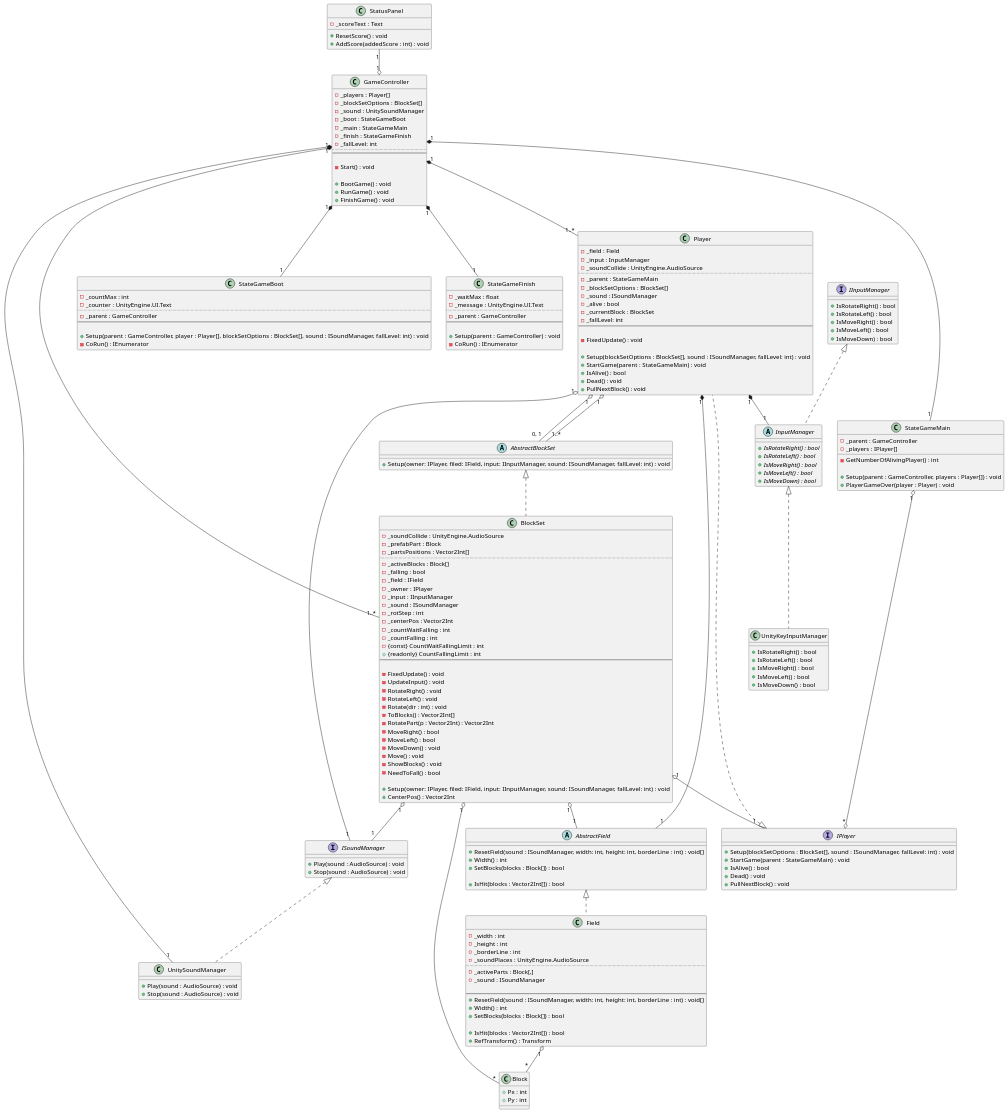
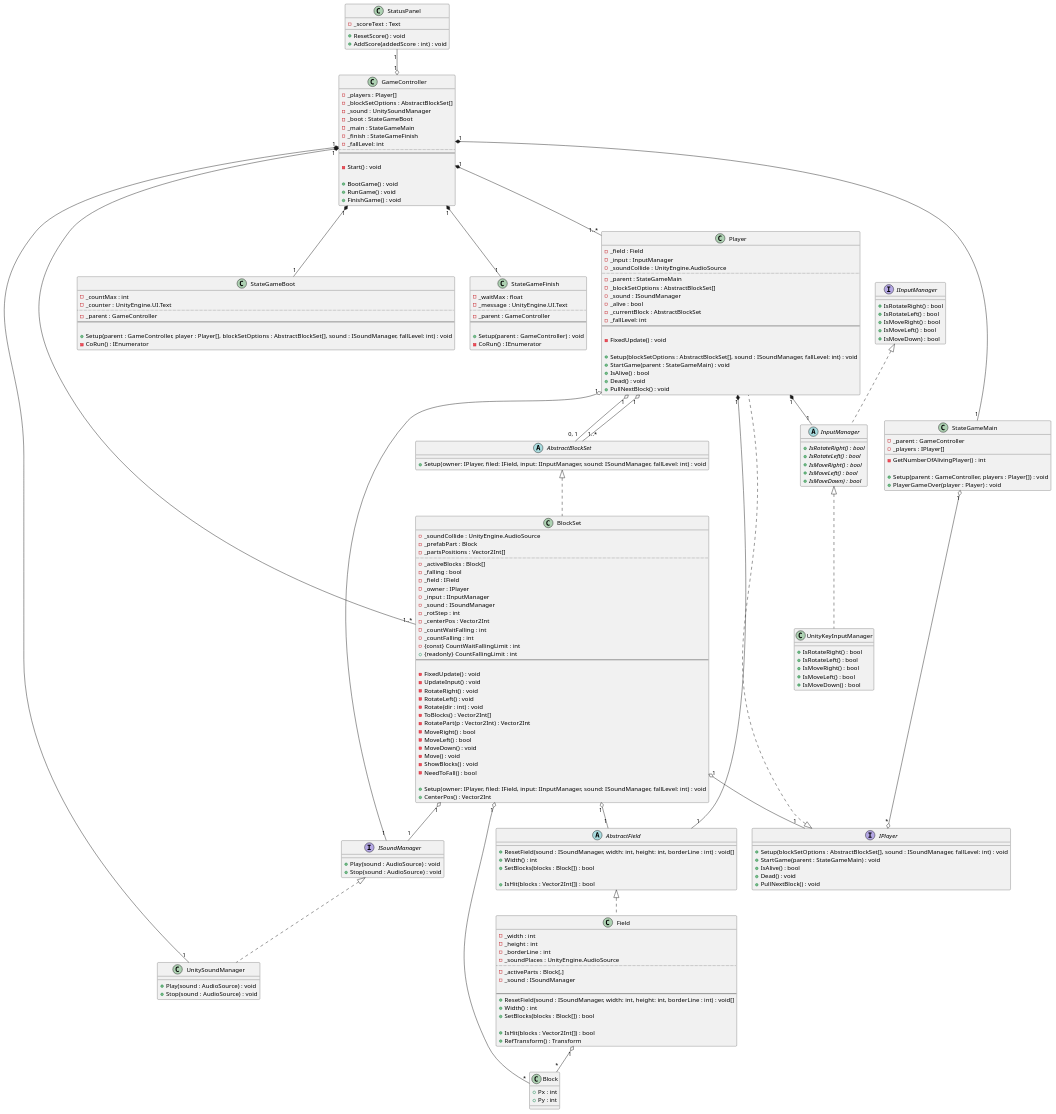
One commit to azarashin/UnityTetris changed the diagram in Documents/PlantUML/CLD_Main.pu. Above: the diagram before and after it, drawn with PlantUML. The commit also changed 9 other files, not shown here.

Commit message:
AbstractBlockSet クラスの追加対応漏れ。

```diff
--- a/Documents/PlantUML/CLD_Main.pu
+++ b/Documents/PlantUML/CLD_Main.pu
@@ -41,7 +41,7 @@
 class GameController
 {
     - _players : Player[]
-    - _blockSetOptions : BlockSet[]
+    - _blockSetOptions : AbstractBlockSet[]
     - _sound : UnitySoundManager
     - _boot : StateGameBoot
     - _main : StateGameMain
@@ -59,7 +59,7 @@
 
 interface IPlayer
 {
-    + Setup(blockSetOptions : BlockSet[], sound : ISoundManager, fallLevel: int) : void
+    + Setup(blockSetOptions : AbstractBlockSet[], sound : ISoundManager, fallLevel: int) : void
     + StartGame(parent : StateGameMain) : void
     + IsAlive() : bool
     + Dead() : void
@@ -74,16 +74,16 @@
     - _soundCollide : UnityEngine.AudioSource
     ..
     - _parent : StateGameMain
-    - _blockSetOptions : BlockSet[]
+    - _blockSetOptions : AbstractBlockSet[]
     - _sound : ISoundManager
     - _alive : bool
-    - _currentBlock : BlockSet
+    - _currentBlock : AbstractBlockSet
     - _fallLevel: int
     --
 
     - FixedUpdate() : void
 
-    + Setup(blockSetOptions : BlockSet[], sound : ISoundManager, fallLevel: int) : void
+    + Setup(blockSetOptions : AbstractBlockSet[], sound : ISoundManager, fallLevel: int) : void
     + StartGame(parent : StateGameMain) : void
     + IsAlive() : bool
     + Dead() : void
@@ -98,7 +98,7 @@
     - _parent : GameController
     --
 
-    + Setup(parent : GameController, player : Player[], blockSetOptions : BlockSet[], sound : ISoundManager, fallLevel: int) : void
+    + Setup(parent : GameController, player : Player[], blockSetOptions : AbstractBlockSet[], sound : ISoundManager, fallLevel: int) : void
     - CoRun() : IEnumerator
 }
 
```
